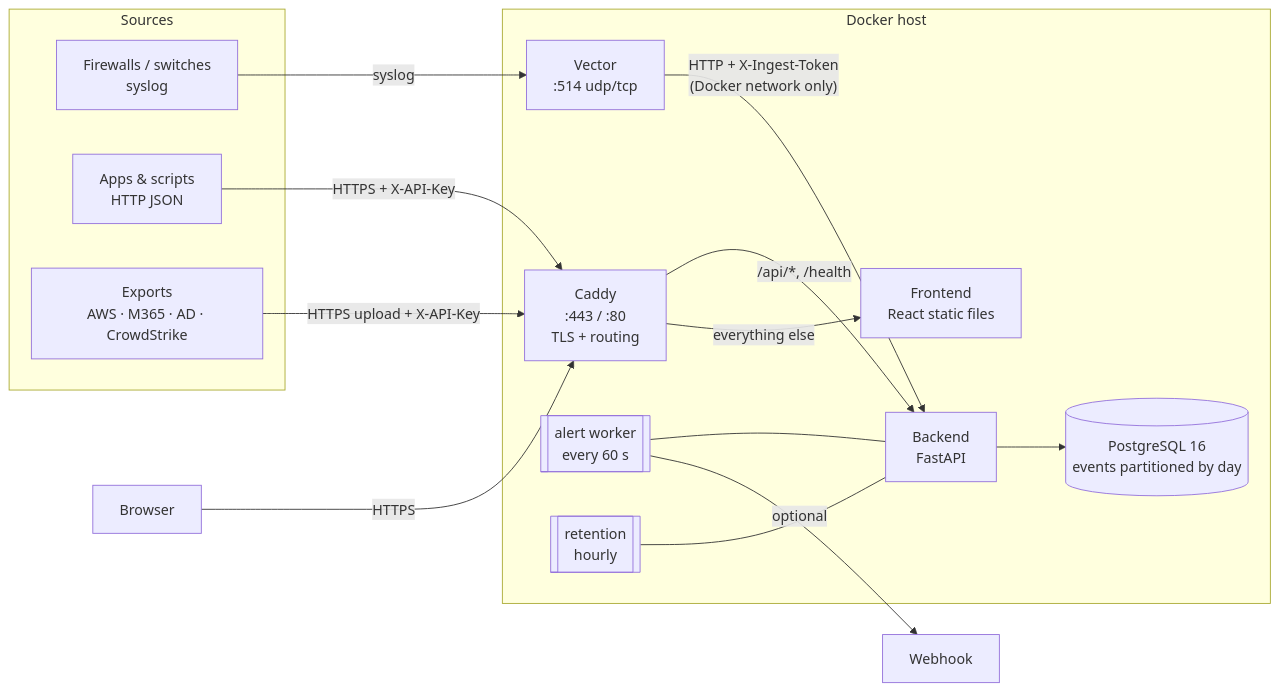
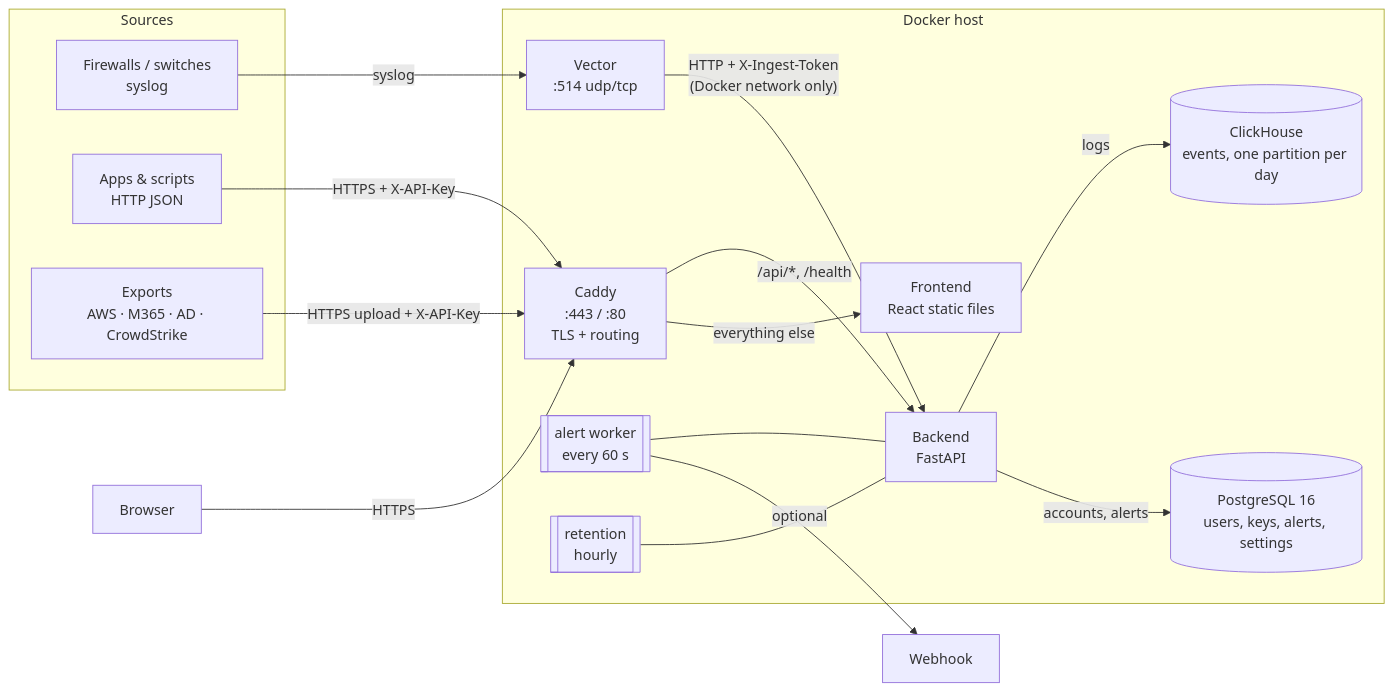
Before and after one commit to SAISENGMAIN6631503085/log-mgmt: the diagram in docs/architecture.md, drawn with Mermaid. The commit also changed other lines of this file and 36 other files, not shown here.

Commit message:
feat: store events only in ClickHouse; Postgres keeps users, keys and alerts

````diff
--- a/docs/architecture.md
+++ b/docs/architecture.md
@@ -14,30 +15,32 @@
 ```mermaid
 flowchart LR
     subgraph Sources
         FW[Firewalls / switches<br/>syslog]
         APP[Apps & scripts<br/>HTTP JSON]
         FILE[Exports<br/>AWS · M365 · AD · CrowdStrike]
     end
 
     subgraph Docker host
         V[Vector<br/>:514 udp/tcp]
         C[Caddy<br/>:443 / :80<br/>TLS + routing]
         B[Backend<br/>FastAPI]
         W[[alert worker<br/>every 60 s]]
         R[[retention<br/>hourly]]
         F[Frontend<br/>React static files]
-        P[(PostgreSQL 16<br/>events partitioned by day)]
+        CH[(ClickHouse<br/>events, one partition per day)]
+        P[(PostgreSQL 16<br/>users, keys, alerts, settings)]
     end
 
     U[Browser] -->|HTTPS| C
     APP -->|"HTTPS + X-API-Key"| C
     FILE -->|"HTTPS upload + X-API-Key"| C
     FW -->|syslog| V
     V -->|"HTTP + X-Ingest-Token<br/>(Docker network only)"| B
     C -->|/api/*, /health| B
     C -->|everything else| F
-    B --> P
+    B -->|logs| CH
+    B -->|accounts, alerts| P
     W --- B
     R --- B
     W -->|optional| WH[Webhook]
 ```
````
